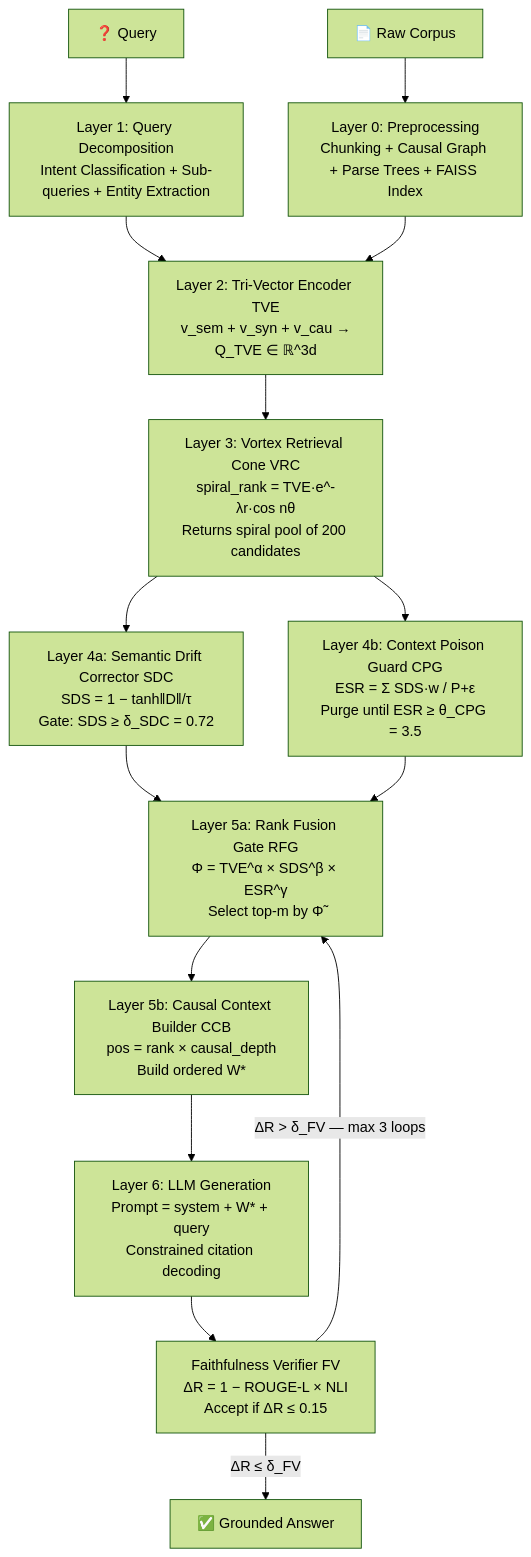
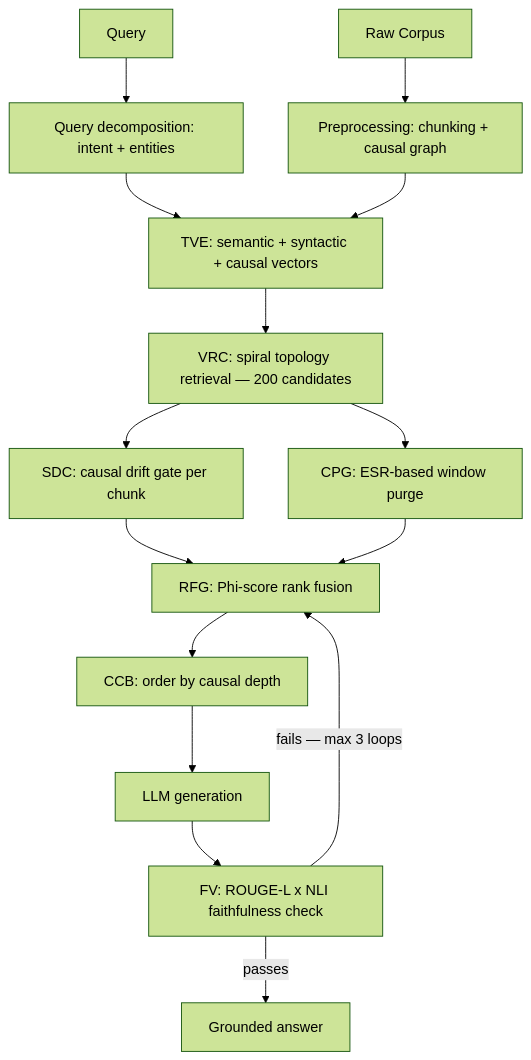
Before and after one commit to vignesh2027/VORTEXRAG: the diagram in README.md, drawn with Mermaid (forest theme). The commit also changed other lines of this file, not shown here.

````diff
--- a/README.md
+++ b/README.md
@@ -353,17 +365,17 @@
 ```mermaid
 flowchart TD
-    A[📄 Raw Corpus] --> B[Layer 0: Preprocessing\nChunking + Causal Graph + Parse Trees + FAISS Index]
-    Q[❓ Query] --> C[Layer 1: Query Decomposition\nIntent Classification + Sub-queries + Entity Extraction]
-    C --> D[Layer 2: Tri-Vector Encoder TVE\n v_sem + v_syn + v_cau → Q_TVE ∈ ℝ^3d]
+    A[Raw Corpus] --> B[Preprocessing: chunking + causal graph]
+    Q[Query] --> C[Query decomposition: intent + entities]
+    C --> D[TVE: semantic + syntactic + causal vectors]
     B --> D
-    D --> E[Layer 3: Vortex Retrieval Cone VRC\nspiral_rank = TVE·e^-λr·cos nθ\nReturns spiral pool of 200 candidates]
-    E --> F[Layer 4a: Semantic Drift Corrector SDC\nSDS = 1 − tanh‖D‖/τ\nGate: SDS ≥ δ_SDC = 0.72]
-    E --> G[Layer 4b: Context Poison Guard CPG\nESR = Σ SDS·w / P+ε\nPurge until ESR ≥ θ_CPG = 3.5]
+    D --> E[VRC: spiral topology retrieval — 200 candidates]
+    E --> F[SDC: causal drift gate per chunk]
+    E --> G[CPG: ESR-based window purge]
     F --> H
-    G --> H[Layer 5a: Rank Fusion Gate RFG\nΦ = TVE^α × SDS^β × ESR^γ\nSelect top-m by Φ̃]
-    H --> I[Layer 5b: Causal Context Builder CCB\npos = rank × causal_depth\nBuild ordered W*]
-    I --> J[Layer 6: LLM Generation\nPrompt = system + W* + query\nConstrained citation decoding]
-    J --> K[Faithfulness Verifier FV\nΔR = 1 − ROUGE-L × NLI\nAccept if ΔR ≤ 0.15]
-    K -->|ΔR > δ_FV — max 3 loops| H
-    K -->|ΔR ≤ δ_FV| L[✅ Grounded Answer]
+    G --> H[RFG: Phi-score rank fusion]
+    H --> I[CCB: order by causal depth]
+    I --> J[LLM generation]
+    J --> K[FV: ROUGE-L x NLI faithfulness check]
+    K -->|fails — max 3 loops| H
+    K -->|passes| L[Grounded answer]
 ```
````
